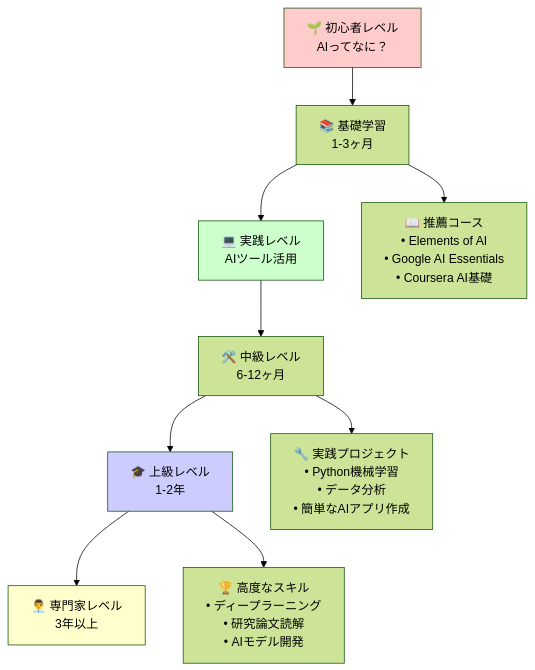
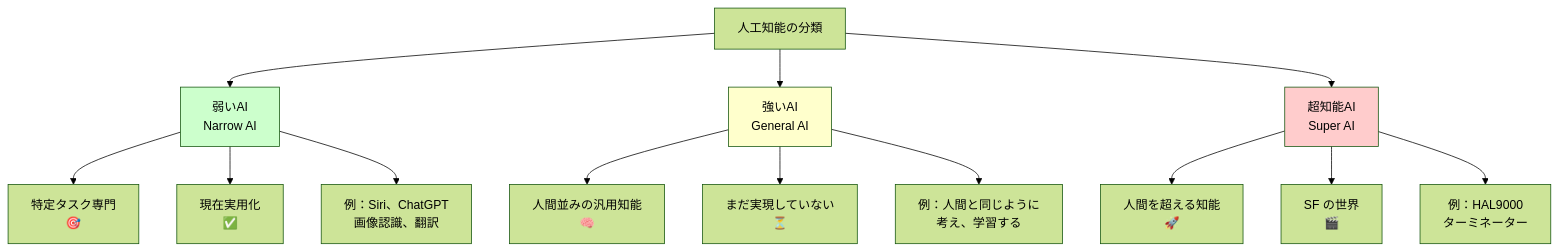
One commit to SparklingDetergent/doc_genai_mental_model changed the fifth of 9 diagrams in AI/README.MD. Above: the diagram before and after it, drawn with Mermaid (forest theme). The commit also changed other lines of this file, not shown here.

````diff
--- a/AI/README.MD
+++ b/AI/README.MD
@@ -267,19 +151,26 @@
 ```mermaid
 graph TD
-    A[🌱 初心者レベル<br/>AIってなに？] --> B[📚 基礎学習<br/>1-3ヶ月]
-    B --> C[💻 実践レベル<br/>AIツール活用]
-    C --> D[🛠️ 中級レベル<br/>6-12ヶ月]
-    D --> E[🎓 上級レベル<br/>1-2年]
-    E --> F[👨‍💼 専門家レベル<br/>3年以上]
+    A[人工知能の分類] --> B[弱いAI<br/>Narrow AI]
+    A --> C[強いAI<br/>General AI]
+    A --> D[超知能AI<br/>Super AI]
     
-    B --> G[📖 推薦コース<br/>• Elements of AI<br/>• Google AI Essentials<br/>• Coursera AI基礎]
+    B --> E[特定タスク専門<br/>🎯]
+    B --> F[現在実用化<br/>✅]
+    B --> G[例：Siri、ChatGPT<br/>画像認識、翻訳]
     
-    D --> H[🔧 実践プロジェクト<br/>• Python機械学習<br/>• データ分析<br/>• 簡単なAIアプリ作成]
+    C --> H[人間並みの汎用知能<br/>🧠]
+    C --> I[まだ実現していない<br/>⏳]
+    C --> J[例：人間と同じように<br/>考え、学習する]
     
-    E --> I[🏆 高度なスキル<br/>• ディープラーニング<br/>• 研究論文読解<br/>• AIモデル開発]
+    D --> K[人間を超える知能<br/>🚀]
+    D --> L[SF の世界<br/>🎬]
+    D --> M[例：HAL9000<br/>ターミネーター]
     
-    style A fill:#ffcccc
-    style C fill:#ccffcc
-    style E fill:#ccccff
-    style F fill:#ffffcc
+    style B fill:#ccffcc
+    style C fill:#ffffcc
+    style D fill:#ffcccc
+    
+    click B "/docs/narrow-ai.md" "弱いAIの詳細"
+    click C "/docs/general-ai.md" "強いAIとは"
+    click D "/docs/super-ai.md" "超知能AIの可能性"
 ```
````
